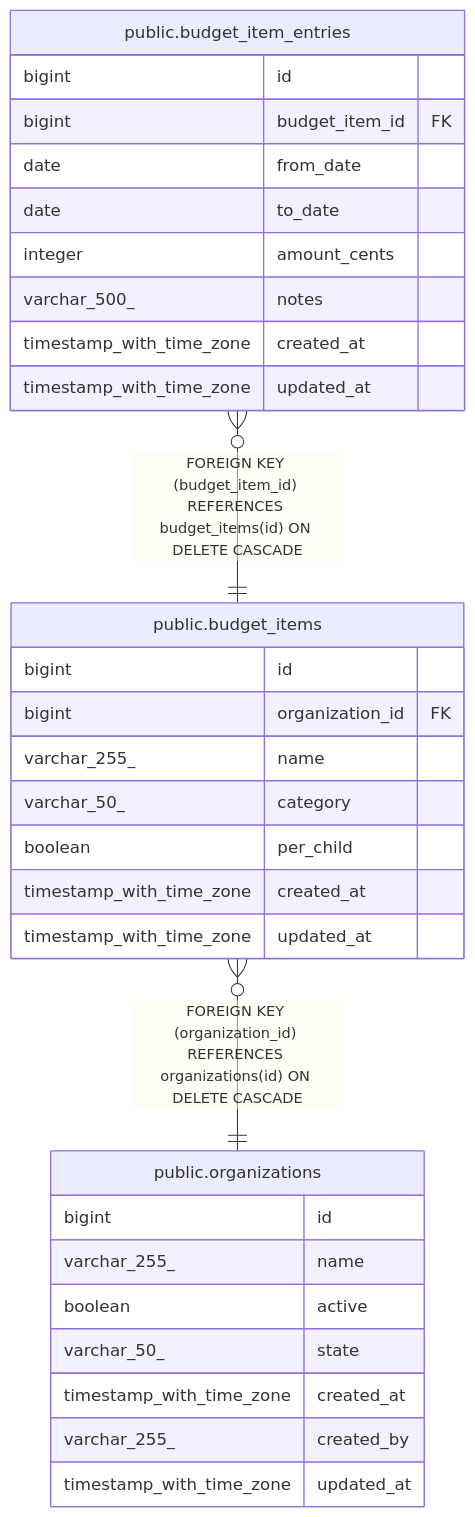
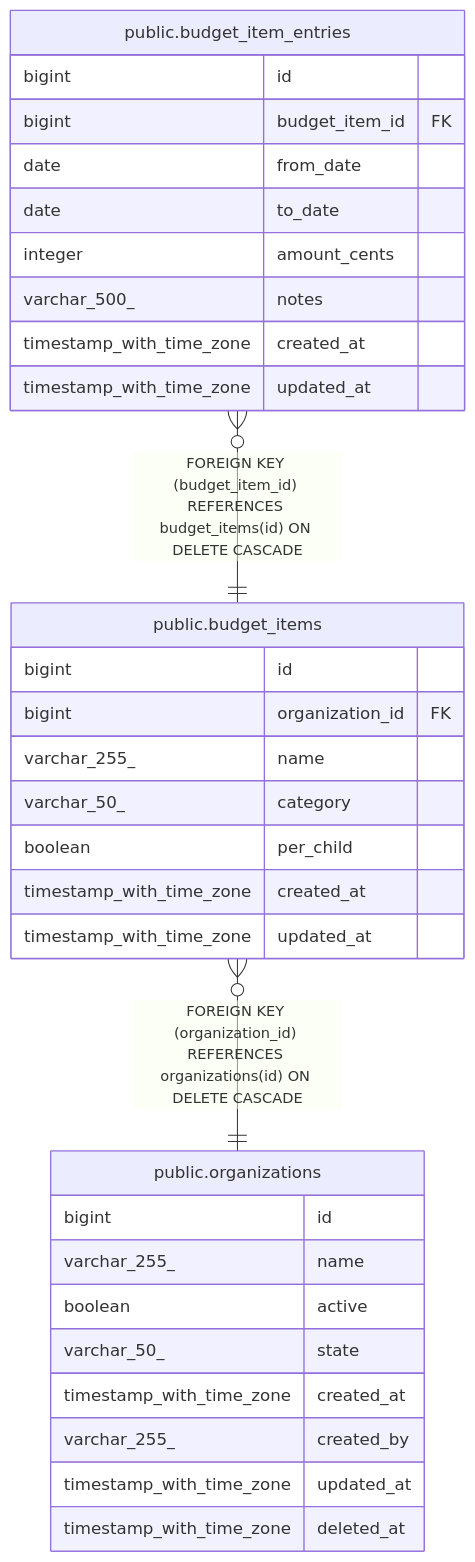
Before and after one commit to eenemeene/kitamanager-go: the diagram in docs/schema/public.budget_item_entries.md, drawn with Mermaid. The commit also changed other lines of this file and 29 other files, not shown here.

First line of the commit message:
docs(schema): regenerate; the diagram was five tables stale

````diff
--- a/docs/schema/public.budget_item_entries.md
+++ b/docs/schema/public.budget_item_entries.md
@@ -39,35 +40,36 @@
 ```mermaid
 erDiagram
 
 "public.budget_item_entries" }o--|| "public.budget_items" : "FOREIGN KEY (budget_item_id) REFERENCES budget_items(id) ON DELETE CASCADE"
 "public.budget_items" }o--|| "public.organizations" : "FOREIGN KEY (organization_id) REFERENCES organizations(id) ON DELETE CASCADE"
 
 "public.budget_item_entries" {
   bigint id
   bigint budget_item_id FK
   date from_date
   date to_date
   integer amount_cents
   varchar_500_ notes
   timestamp_with_time_zone created_at
   timestamp_with_time_zone updated_at
 }
 "public.budget_items" {
   bigint id
   bigint organization_id FK
   varchar_255_ name
   varchar_50_ category
   boolean per_child
   timestamp_with_time_zone created_at
   timestamp_with_time_zone updated_at
 }
 "public.organizations" {
   bigint id
   varchar_255_ name
   boolean active
   varchar_50_ state
   timestamp_with_time_zone created_at
   varchar_255_ created_by
   timestamp_with_time_zone updated_at
+  timestamp_with_time_zone deleted_at
 }
 ```
````
